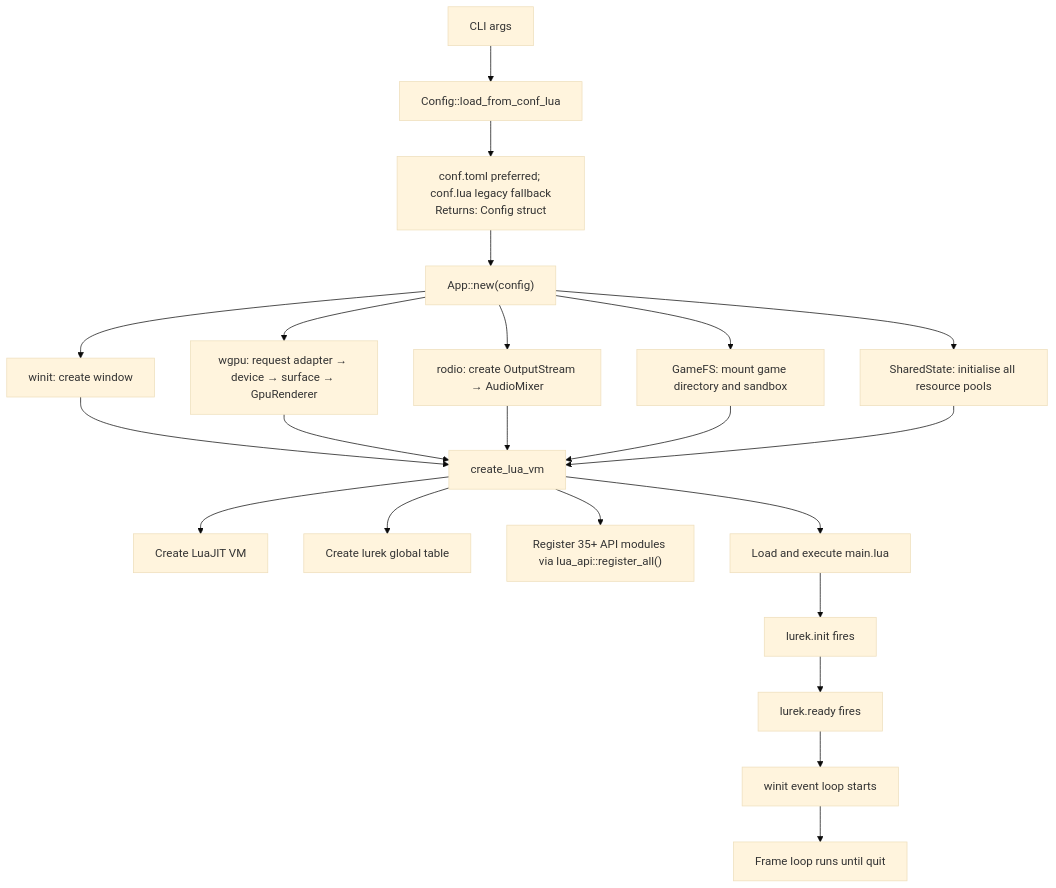
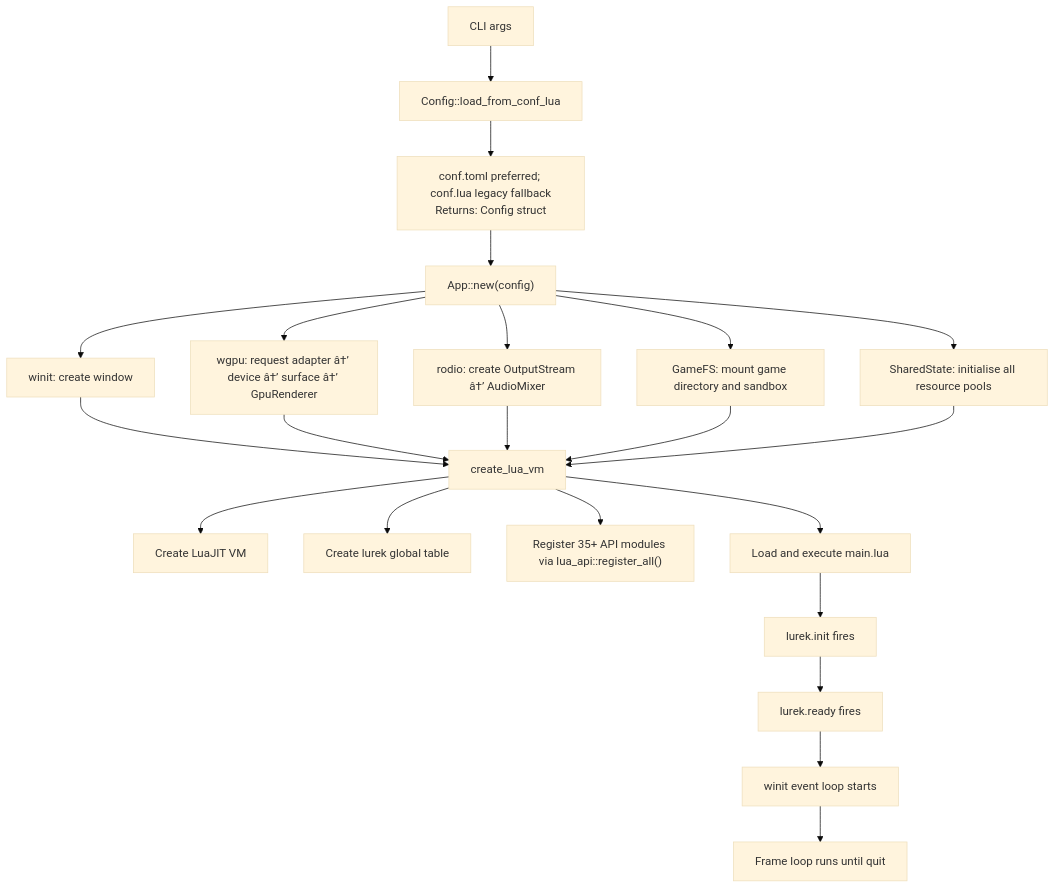
One commit to Lurek2D/lurek_2d changed the second of 7 diagrams in docs/architecture/engine-architecture.md. Above: the diagram before and after it, drawn with Mermaid (base theme). The commit also changed other lines of this file and 174 other files, not shown here.

````diff
--- a/docs/architecture/engine-architecture.md
+++ b/docs/architecture/engine-architecture.md
@@ -227,20 +227,20 @@
 ```mermaid
 flowchart TD
     A[CLI args] --> B[Config::load_from_conf_lua]
     B --> C["conf.toml preferred; conf.lua legacy fallback<br/>Returns: Config struct"]
     C --> D["App::new(config)"]
     D --> E[winit: create window]
-    D --> F[wgpu: request adapter → device → surface → GpuRenderer]
-    D --> G[rodio: create OutputStream → AudioMixer]
+    D --> F[wgpu: request adapter â†’ device â†’ surface â†’ GpuRenderer]
+    D --> G[rodio: create OutputStream â†’ AudioMixer]
     D --> H[GameFS: mount game directory and sandbox]
     D --> I[SharedState: initialise all resource pools]
     E & F & G & H & I --> J[create_lua_vm]
     J --> K[Create LuaJIT VM]
     J --> L[Create lurek global table]
     J --> M["Register 35+ API modules via lua_api::register_all()"]
     J --> N[Load and execute main.lua]
     N --> O[lurek.init fires]
     O --> P[lurek.ready fires]
     P --> Q[winit event loop starts]
     Q --> R[Frame loop runs until quit]
 ```
````
